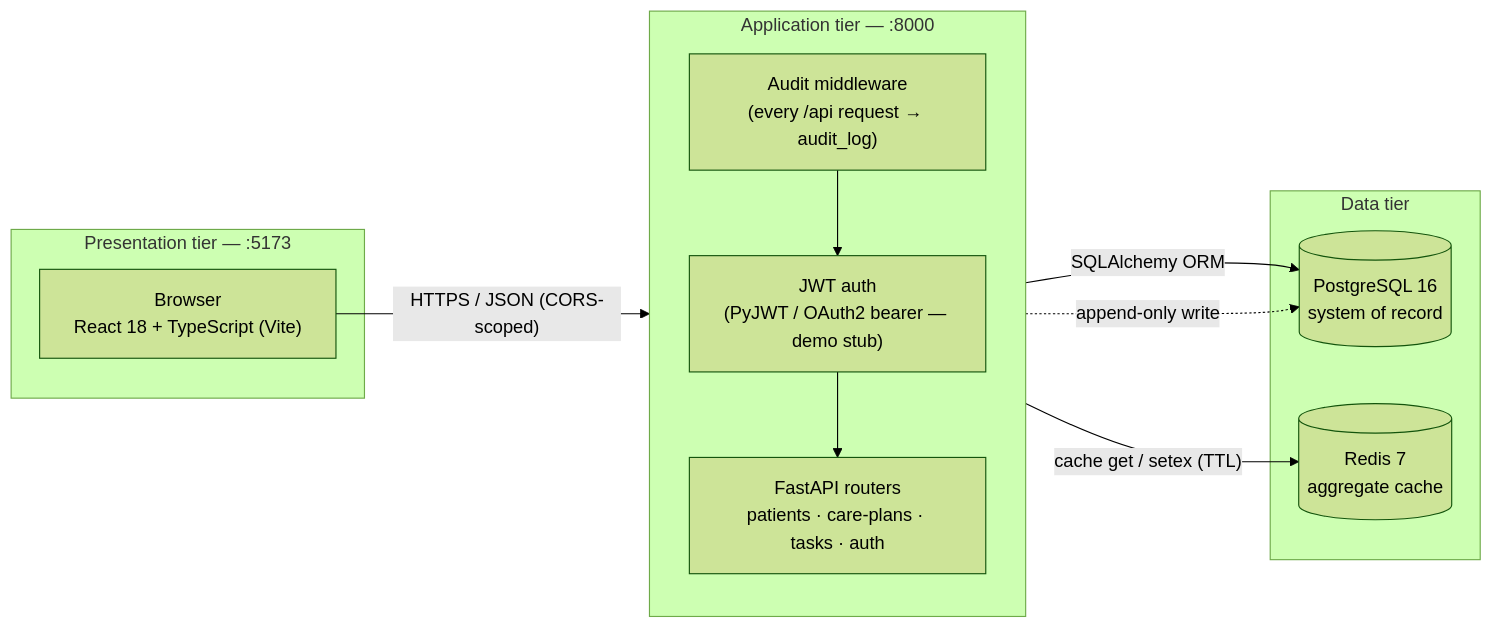
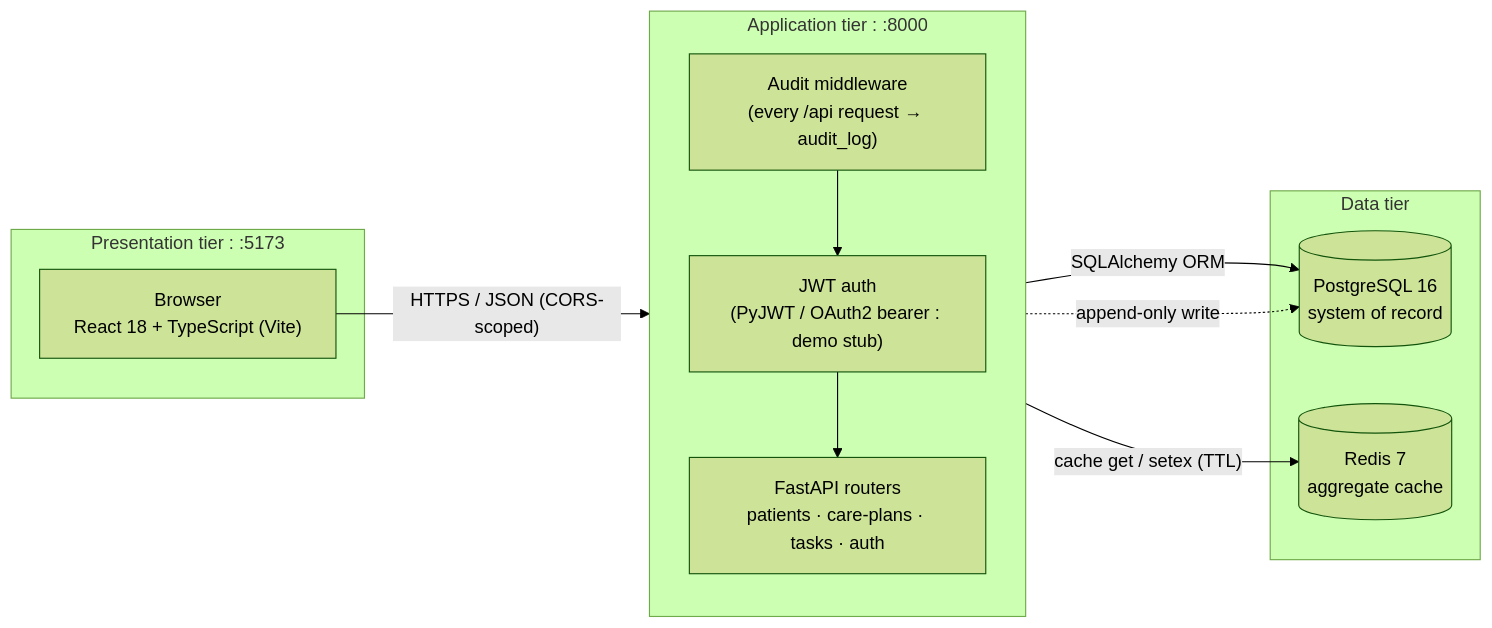
One commit to nayakwadi/carebridge-ai-agile changed the diagram in docs/architecture/ARCHITECTURE.md. Above: the diagram before and after it, drawn with Mermaid (forest theme). The commit also changed other lines of this file and 27 other files, not shown here.

````diff
--- a/docs/architecture/ARCHITECTURE.md
+++ b/docs/architecture/ARCHITECTURE.md
@@ -27,24 +27,24 @@
 ```mermaid
 flowchart LR
-    subgraph Presentation["Presentation tier — :5173"]
+    subgraph Presentation["Presentation tier : :5173"]
         B["Browser<br/>React 18 + TypeScript (Vite)"]
     end
 
-    subgraph Application["Application tier — :8000"]
+    subgraph Application["Application tier : :8000"]
         direction TB
         MW["Audit middleware<br/>(every /api request → audit_log)"]
-        JWT["JWT auth<br/>(PyJWT / OAuth2 bearer — demo stub)"]
+        JWT["JWT auth<br/>(PyJWT / OAuth2 bearer : demo stub)"]
         API["FastAPI routers<br/>patients · care-plans · tasks · auth"]
         MW --> JWT --> API
     end
 
     subgraph Data["Data tier"]
         PG[("PostgreSQL 16<br/>system of record")]
         RD[("Redis 7<br/>aggregate cache")]
     end
 
     B -- "HTTPS / JSON (CORS-scoped)" --> MW
     API -- "SQLAlchemy ORM" --> PG
     API -- "cache get / setex (TTL)" --> RD
     MW -. "append-only write" .-> PG
 ```
````
